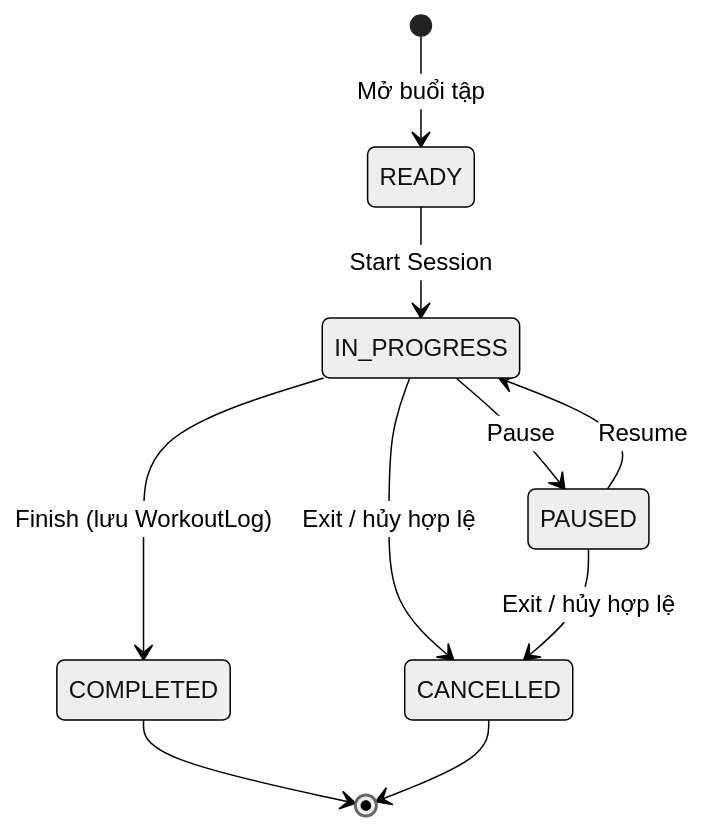
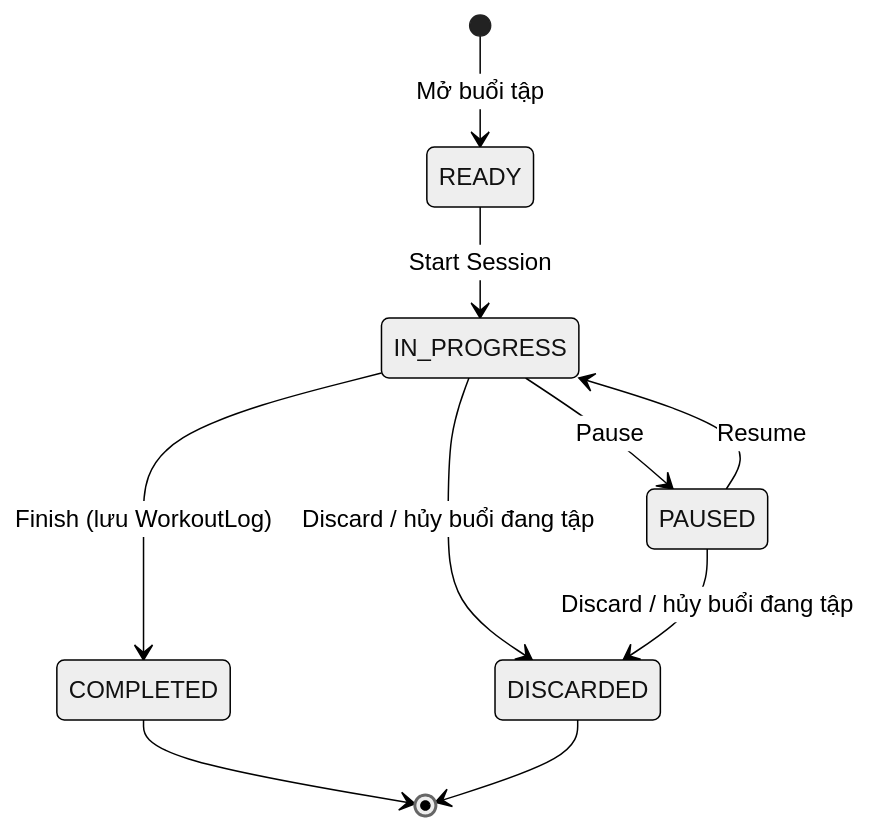
The seventh of 21 diagrams in docs/spec/bussiness_mainflow.md (tgiahuy/VieGym), drawn with Mermaid (neutral theme) before and after one commit. The commit also changed other lines of this file and 25 other files, not shown here.

````diff
--- a/docs/spec/bussiness_mainflow.md
+++ b/docs/spec/bussiness_mainflow.md
@@ -601,12 +606,12 @@
 ```mermaid
 stateDiagram-v2
     [*] --> READY: Mở buổi tập
     READY --> IN_PROGRESS: Start Session
     IN_PROGRESS --> PAUSED: Pause
     PAUSED --> IN_PROGRESS: Resume
     IN_PROGRESS --> COMPLETED: Finish (lưu WorkoutLog)
-    IN_PROGRESS --> CANCELLED: Exit / hủy hợp lệ
-    PAUSED --> CANCELLED: Exit / hủy hợp lệ
+    IN_PROGRESS --> DISCARDED: Discard / hủy buổi đang tập
+    PAUSED --> DISCARDED: Discard / hủy buổi đang tập
     COMPLETED --> [*]
-    CANCELLED --> [*]
+    DISCARDED --> [*]
 ```
````
